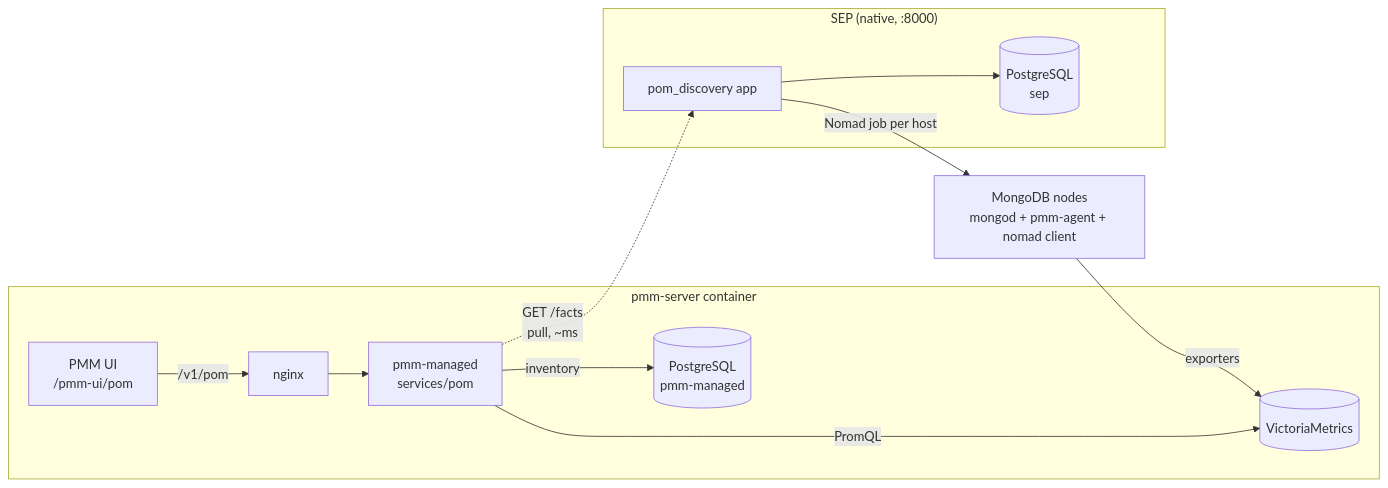
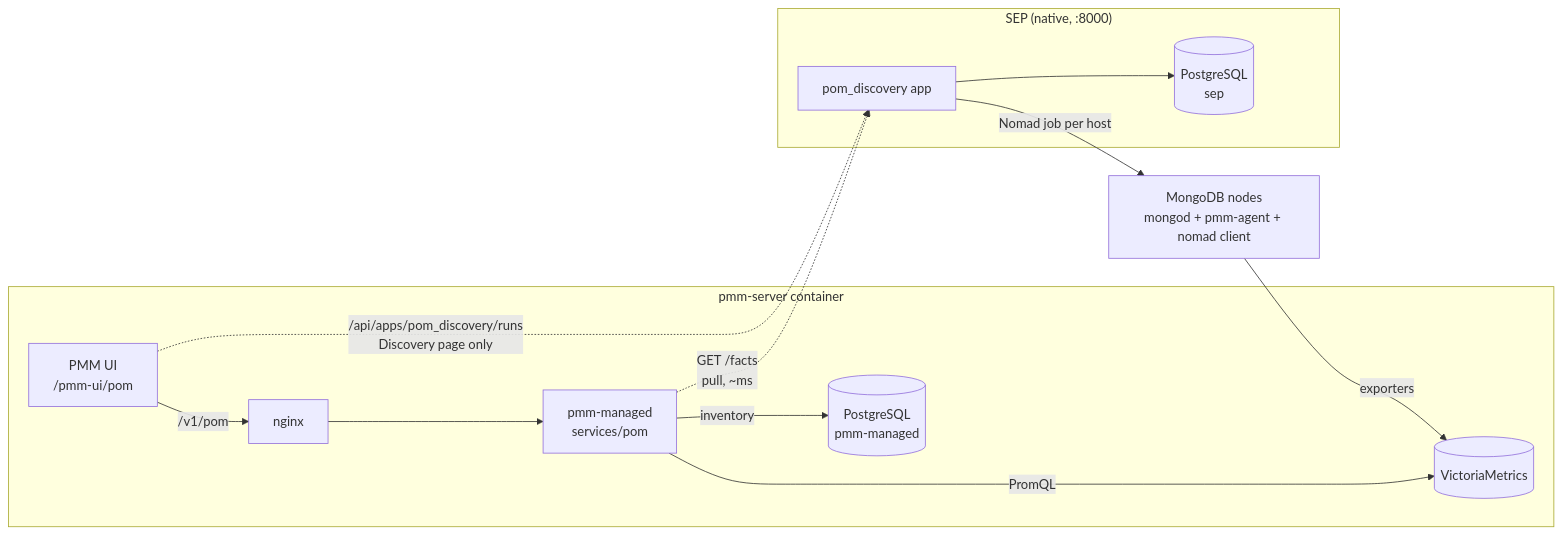
Before and after one commit to Percona-Lab/pom-workspace: the first of 3 diagrams in docs/architecture.md, drawn with Mermaid. The commit also changed other lines of this file, not shown here.

First line of the commit message:
Correct the doc's UI section for POM's three pages

````diff
--- a/docs/architecture.md
+++ b/docs/architecture.md
@@ -26,23 +26,24 @@
 ```mermaid
 flowchart LR
     subgraph PMM["pmm-server container"]
         UI["PMM UI<br/>/pmm-ui/pom"]
         NGX["nginx"]
         POM["pmm-managed<br/>services/pom"]
         PG[("PostgreSQL<br/>pmm-managed")]
         VM[("VictoriaMetrics")]
     end
     subgraph SEP["SEP (native, :8000)"]
         DISC["pom_discovery app"]
         SPG[("PostgreSQL<br/>sep")]
     end
     NODES["MongoDB nodes<br/>mongod + pmm-agent + nomad client"]
 
     UI -->|"/v1/pom"| NGX --> POM
     POM -->|"inventory"| PG
     POM -->|"PromQL"| VM
     POM -.->|"GET /facts<br/>pull, ~ms"| DISC
+    UI -.->|"/api/apps/pom_discovery/runs<br/>Discovery page only"| DISC
     DISC --> SPG
     DISC -->|"Nomad job per host"| NODES
     NODES -->|"exporters"| VM
 ```
````
